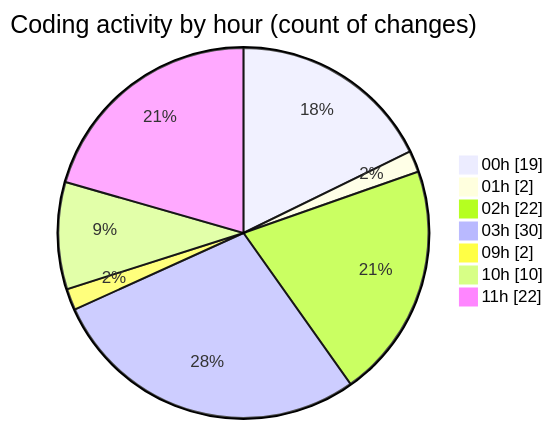
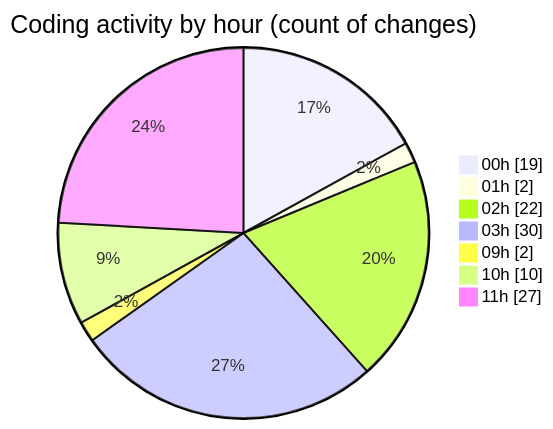
Before and after one commit to julien-gomy/code-tracking: the second of 2 diagrams in 2025-10-21/eventscop-frontend-guide__workspace_/README.md, drawn with Mermaid. The commit also changed other lines of this file and 1 other file, not shown here.

````diff
--- a/2025-10-21/eventscop-frontend-guide__workspace_/README.md
+++ b/2025-10-21/eventscop-frontend-guide__workspace_/README.md
@@ -49,11 +49,11 @@
 ```mermaid
 pie showData
 title Coding activity by hour (count of changes)
 "00h" : 19
 "01h" : 2
 "02h" : 22
 "03h" : 30
 "09h" : 2
 "10h" : 10
-"11h" : 22
+"11h" : 27
 ```
````
